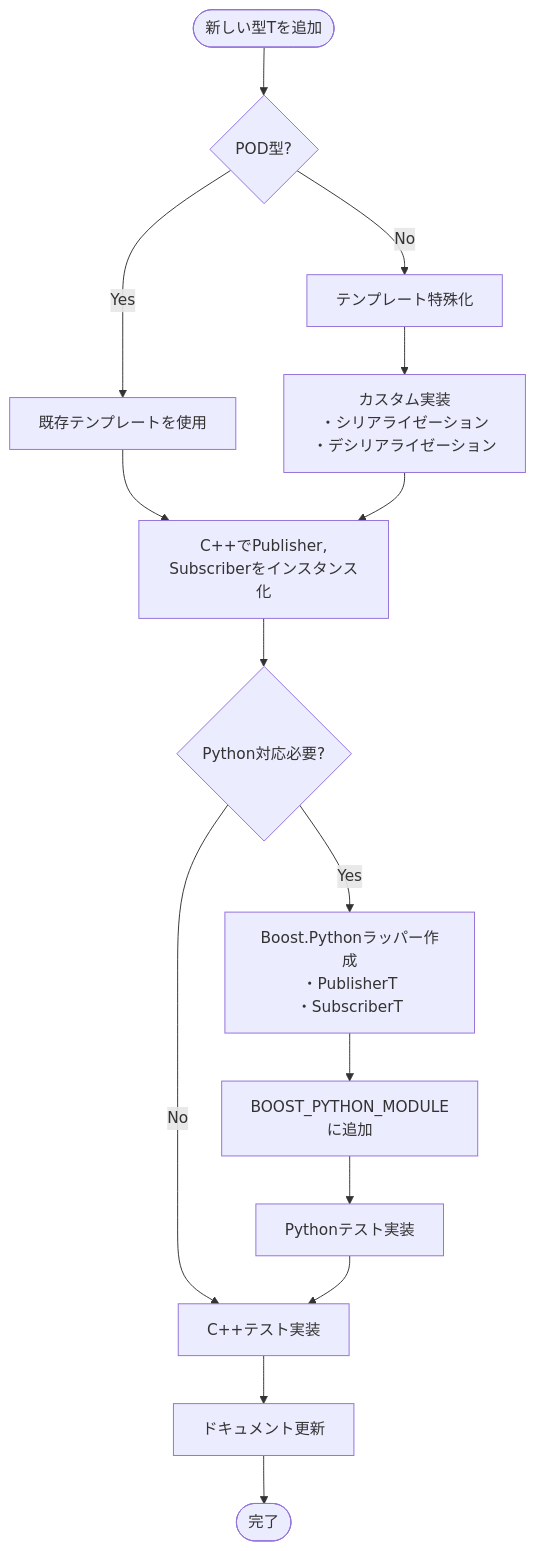
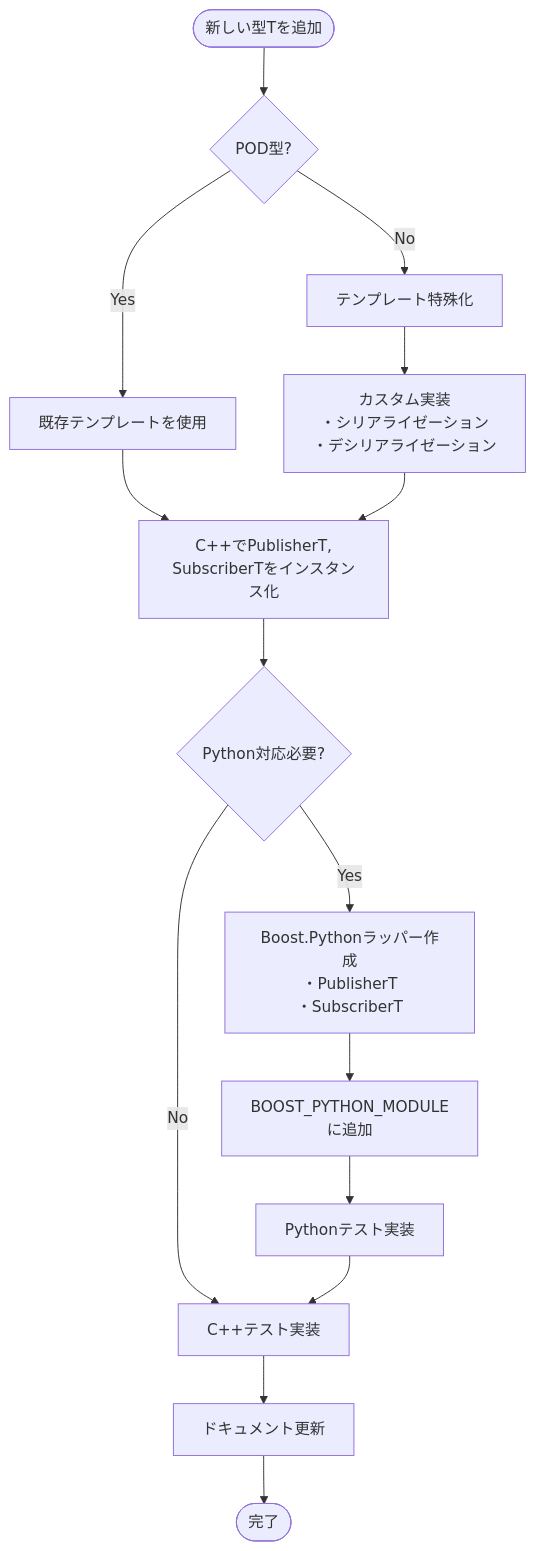
Diagram 17 of 17 in manual/spec_jp.md (REACT-ROBOT/shared-memory-based-handy-communication-manager), drawn with Mermaid before and after one commit. The commit also changed other lines of this file and 195 other files, not shown here.

```diff
--- a/manual/spec_jp.md
+++ b/manual/spec_jp.md
@@ -722,21 +722,21 @@
 <div class="mermaid">
 flowchart TD
     Start([新しい型Tを追加]) --> CheckPOD{POD型?}
     CheckPOD -->|Yes| UseTemplate[既存テンプレートを使用]
     CheckPOD -->|No| Specialize[テンプレート特殊化]
     
-    UseTemplate --> InstantiateC[C++でPublisher&lt;T&gt;,<br/>Subscriber&lt;T&gt;をインスタンス化]
-    Specialize --> CustomImpl[カスタム実装<br/>・シリアライゼーション<br/>・デシリアライゼーション]
+    UseTemplate --> InstantiateC["C++でPublisherT,<br/>SubscriberTをインスタンス化"]
+    Specialize --> CustomImpl["カスタム実装<br/>・シリアライゼーション<br/>・デシリアライゼーション"]
     
     CustomImpl --> InstantiateC
     InstantiateC --> PythonNeeded{Python対応必要?}
     
-    PythonNeeded -->|Yes| CreateWrapper[Boost.Pythonラッパー作成<br/>・PublisherT<br/>・SubscriberT]
+    PythonNeeded -->|Yes| CreateWrapper["Boost.Pythonラッパー作成<br/>・PublisherT<br/>・SubscriberT"]
     PythonNeeded -->|No| TestC[C++テスト実装]
     
     CreateWrapper --> UpdateModule[BOOST_PYTHON_MODULEに追加]
     UpdateModule --> TestPy[Pythonテスト実装]
     TestPy --> TestC
     TestC --> Document[ドキュメント更新]
     Document --> End([完了])
 </div>
```
